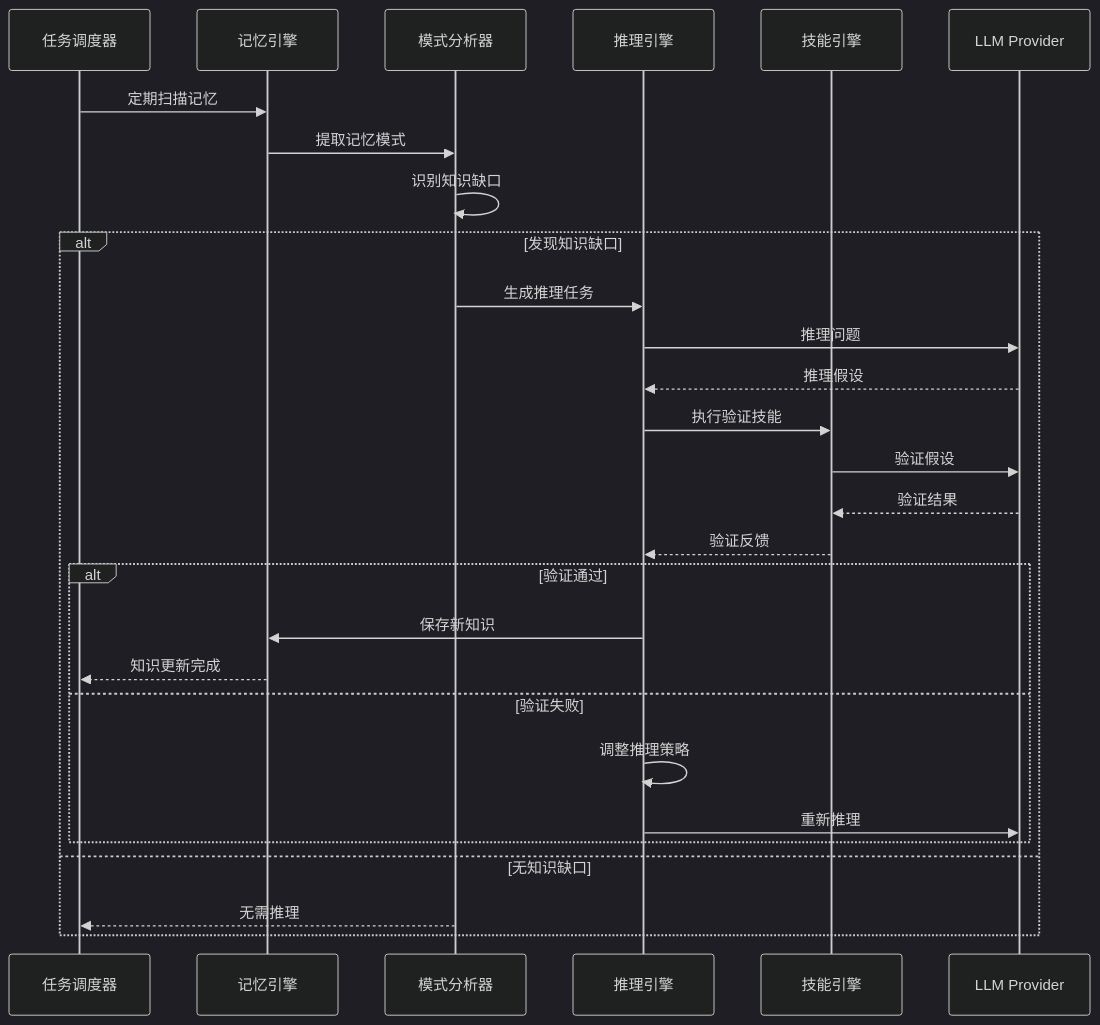
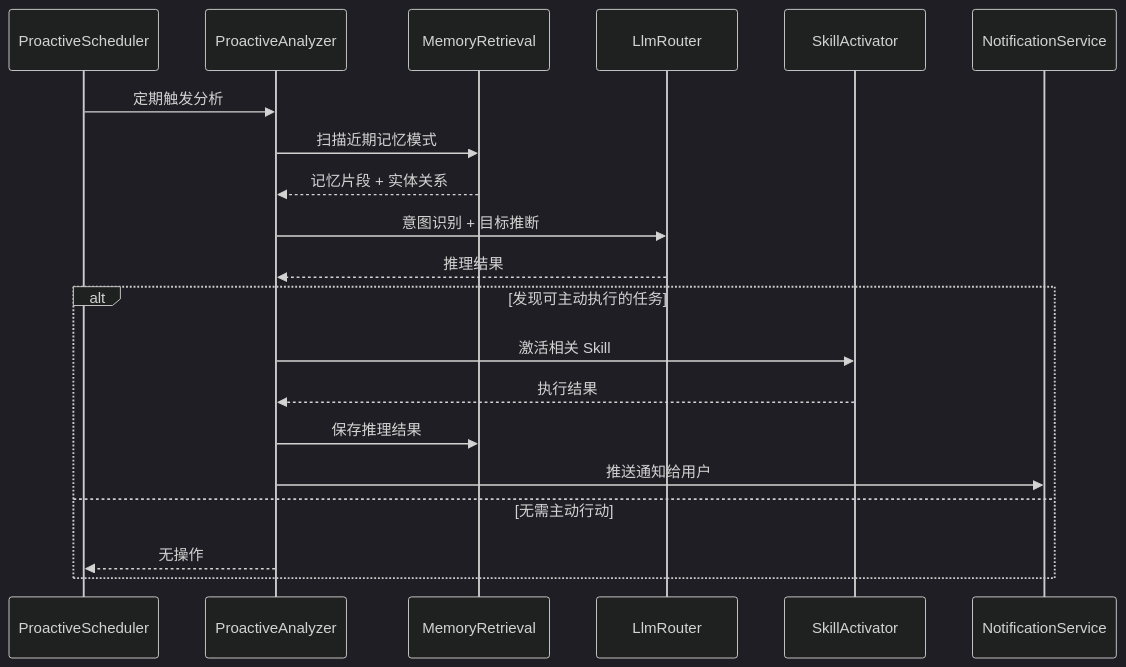
Before and after one commit to ntygod/LifePilot: diagram 17 of 35 in ARCHITECTURE-DIAGRAMS.md, drawn with Mermaid (dark theme). The commit also changed other lines of this file and 2 other files, not shown here.

````diff
--- a/ARCHITECTURE-DIAGRAMS.md
+++ b/ARCHITECTURE-DIAGRAMS.md
@@ -565,34 +696,25 @@
 ```mermaid
 sequenceDiagram
-    participant Scheduler as 任务调度器
-    participant Memory as 记忆引擎
-    participant Analyzer as 模式分析器
-    participant Reasoner as 推理引擎
-    participant Skill as 技能引擎
-    participant LLM as LLM Provider
+    participant Scheduler as ProactiveScheduler
+    participant Analyzer as ProactiveAnalyzer
+    participant Memory as MemoryRetrieval
+    participant LLM as LlmRouter
+    participant Skill as SkillActivator
+    participant Notify as NotificationService
 
-    Scheduler->>Memory: 定期扫描记忆
-    Memory->>Analyzer: 提取记忆模式
-    Analyzer->>Analyzer: 识别知识缺口
-    
-    alt 发现知识缺口
-        Analyzer->>Reasoner: 生成推理任务
-        Reasoner->>LLM: 推理问题
-        LLM-->>Reasoner: 推理假设
-        
-        Reasoner->>Skill: 执行验证技能
-        Skill->>LLM: 验证假设
-        LLM-->>Skill: 验证结果
-        Skill-->>Reasoner: 验证反馈
-        
-        alt 验证通过
-            Reasoner->>Memory: 保存新知识
-            Memory-->>Scheduler: 知识更新完成
-        else 验证失败
-            Reasoner->>Reasoner: 调整推理策略
-            Reasoner->>LLM: 重新推理
-        end
-    else 无知识缺口
-        Analyzer-->>Scheduler: 无需推理
+    Scheduler->>Analyzer: 定期触发分析
+    Analyzer->>Memory: 扫描近期记忆模式
+    Memory-->>Analyzer: 记忆片段 + 实体关系
+
+    Analyzer->>LLM: 意图识别 + 目标推断
+    LLM-->>Analyzer: 推理结果
+
+    alt 发现可主动执行的任务
+        Analyzer->>Skill: 激活相关 Skill
+        Skill-->>Analyzer: 执行结果
+        Analyzer->>Memory: 保存推理结果
+        Analyzer->>Notify: 推送通知给用户
+    else 无需主动行动
+        Analyzer-->>Scheduler: 无操作
     end
 ```
````
